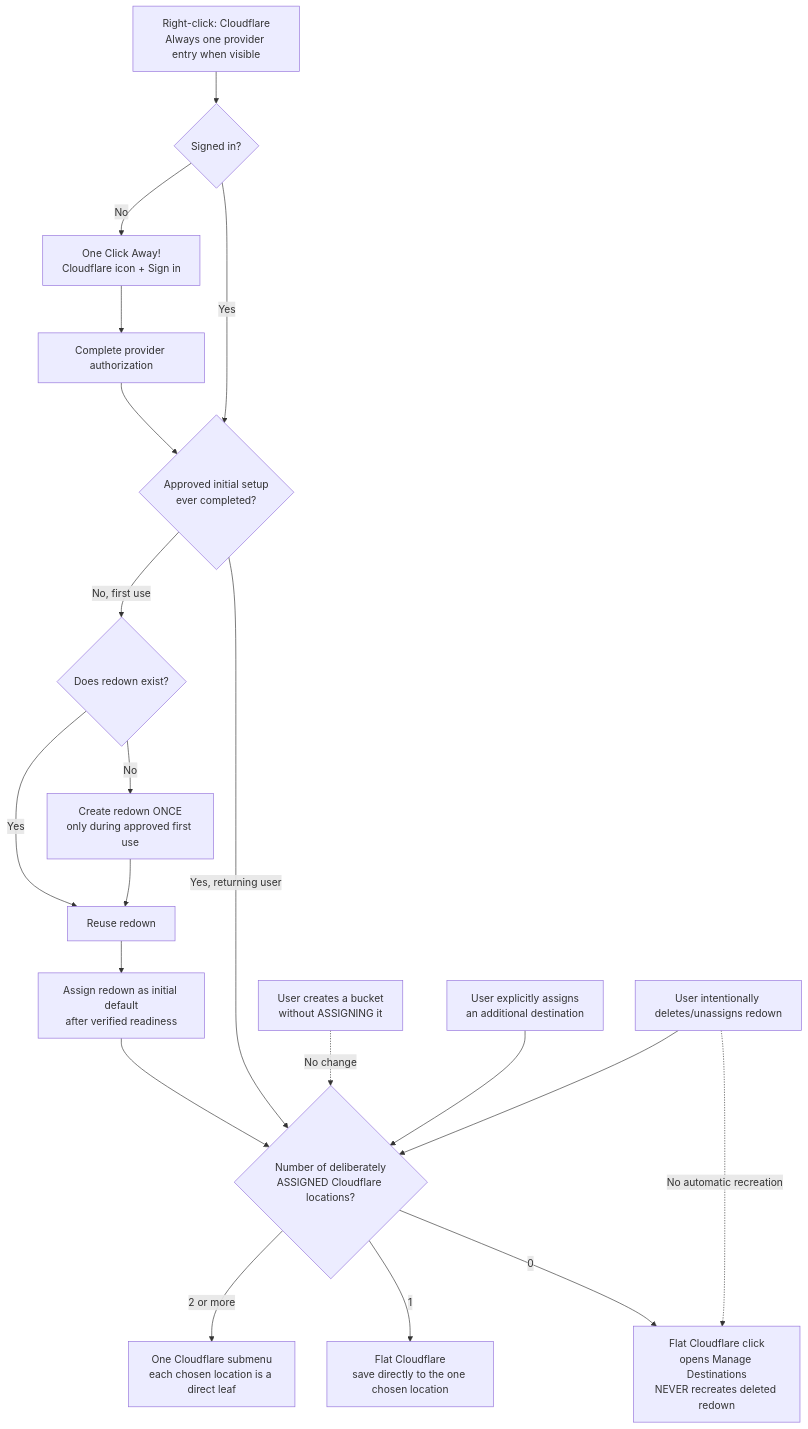
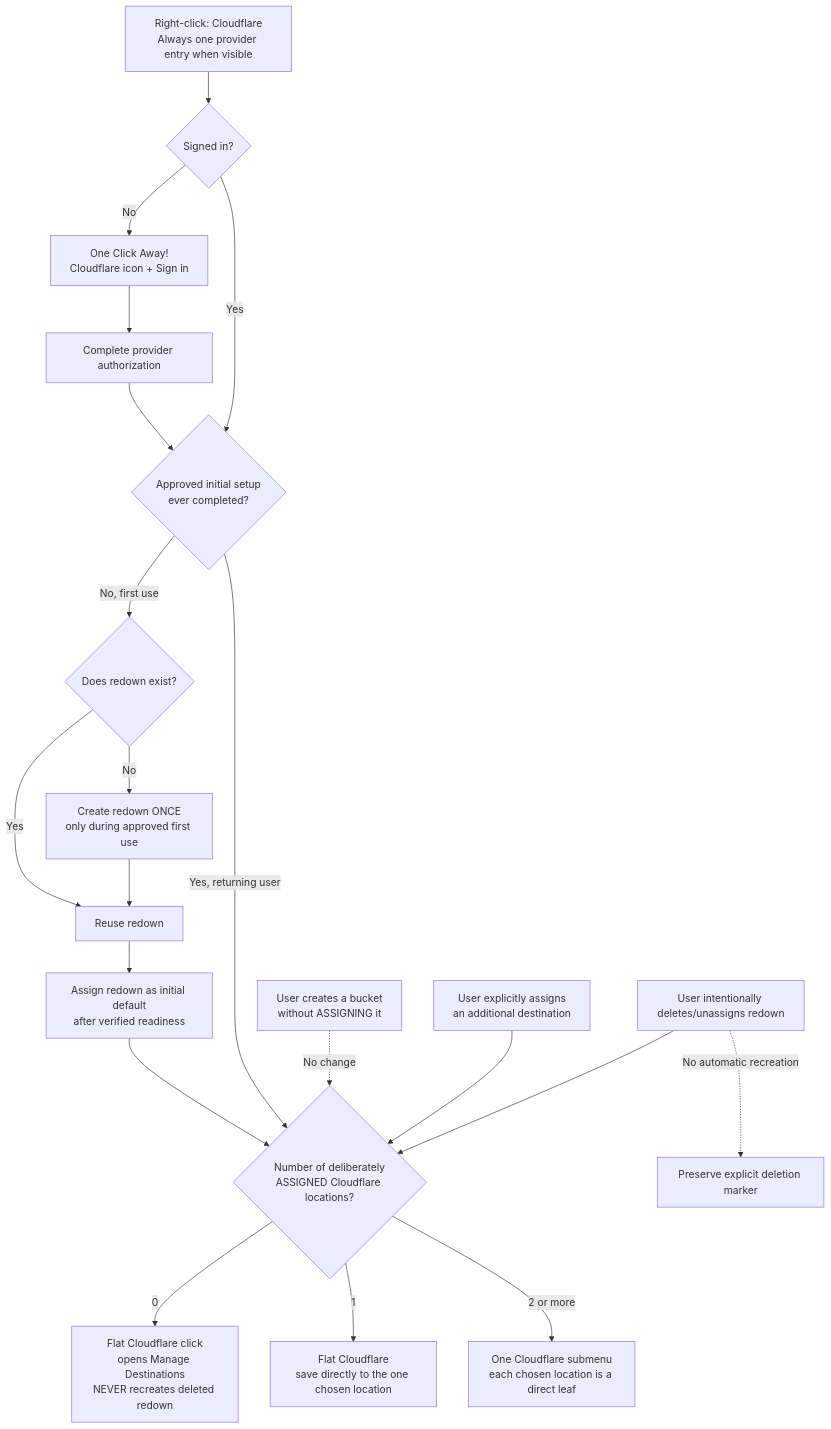
Before and after one commit to thanks-cohn/Click2Cloud: the fourth of 5 diagrams in foundations/cloudflare/README.md, drawn with Mermaid.

Commit message:
docs: deletion diagram follows surviving assigned destination count

````diff
--- a/foundations/cloudflare/README.md
+++ b/foundations/cloudflare/README.md
@@ -141,22 +141,22 @@
 ```mermaid
 flowchart TD
     A["Right-click: Cloudflare<br/>Always one provider entry when visible"] --> B{"Signed in?"}
     B -- "No" --> LOGIN["One Click Away!<br/>Cloudflare icon + Sign in"]
     LOGIN --> AUTH["Complete provider authorization"]
     AUTH --> INIT{"Approved initial setup<br/>ever completed?"}
     B -- "Yes" --> INIT
     INIT -- "No, first use" --> FIRST{"Does redown exist?"}
     FIRST -- "Yes" --> REUSE["Reuse redown"]
     FIRST -- "No" --> CREATE["Create redown ONCE<br/>only during approved first use"]
     CREATE --> REUSE
     REUSE --> ASSIGN["Assign redown as initial default<br/>after verified readiness"]
     ASSIGN --> COUNT{"Number of deliberately<br/>ASSIGNED Cloudflare locations?"}
     INIT -- "Yes, returning user" --> COUNT
     COUNT -- "0" --> MANAGE["Flat Cloudflare click<br/>opens Manage Destinations<br/>NEVER recreates deleted redown"]
     COUNT -- "1" --> FLAT["Flat Cloudflare<br/>save directly to the one chosen location"]
     COUNT -- "2 or more" --> NEST["One Cloudflare submenu<br/>each chosen location is a direct leaf"]
     ADD["User creates a bucket<br/>without ASSIGNING it"] -. "No change" .-> COUNT
     CHOOSE["User explicitly assigns<br/>an additional destination"] --> COUNT
     DELETE["User intentionally deletes/unassigns redown"] --> COUNT
-    DELETE -. "No automatic recreation" .-> MANAGE
+    DELETE -. "No automatic recreation" .-> NOREMAKE["Preserve explicit deletion marker"]
 ```
````
